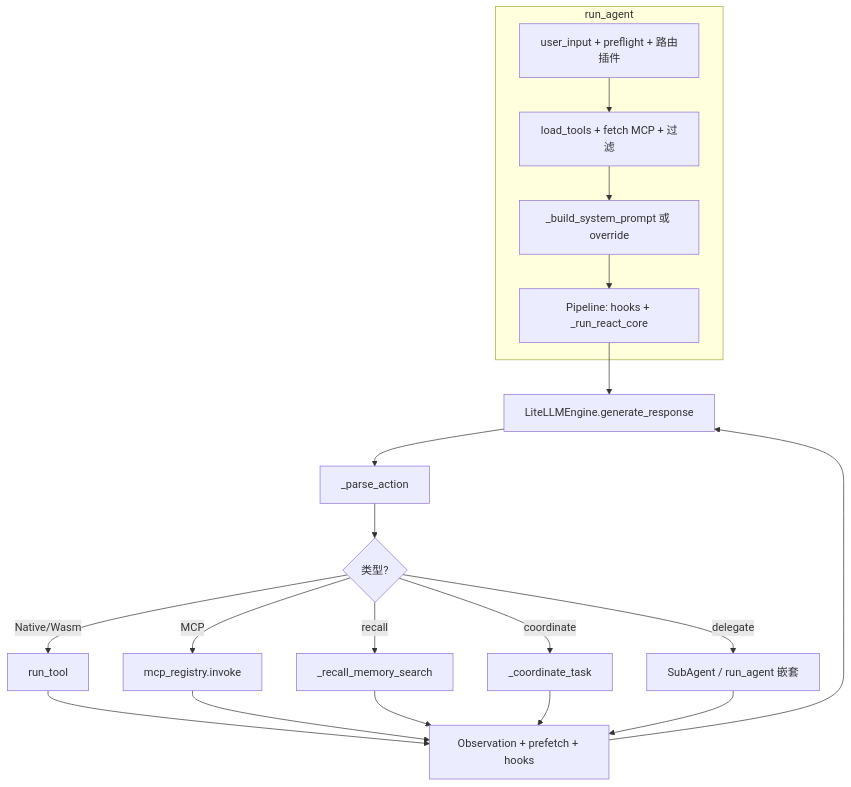
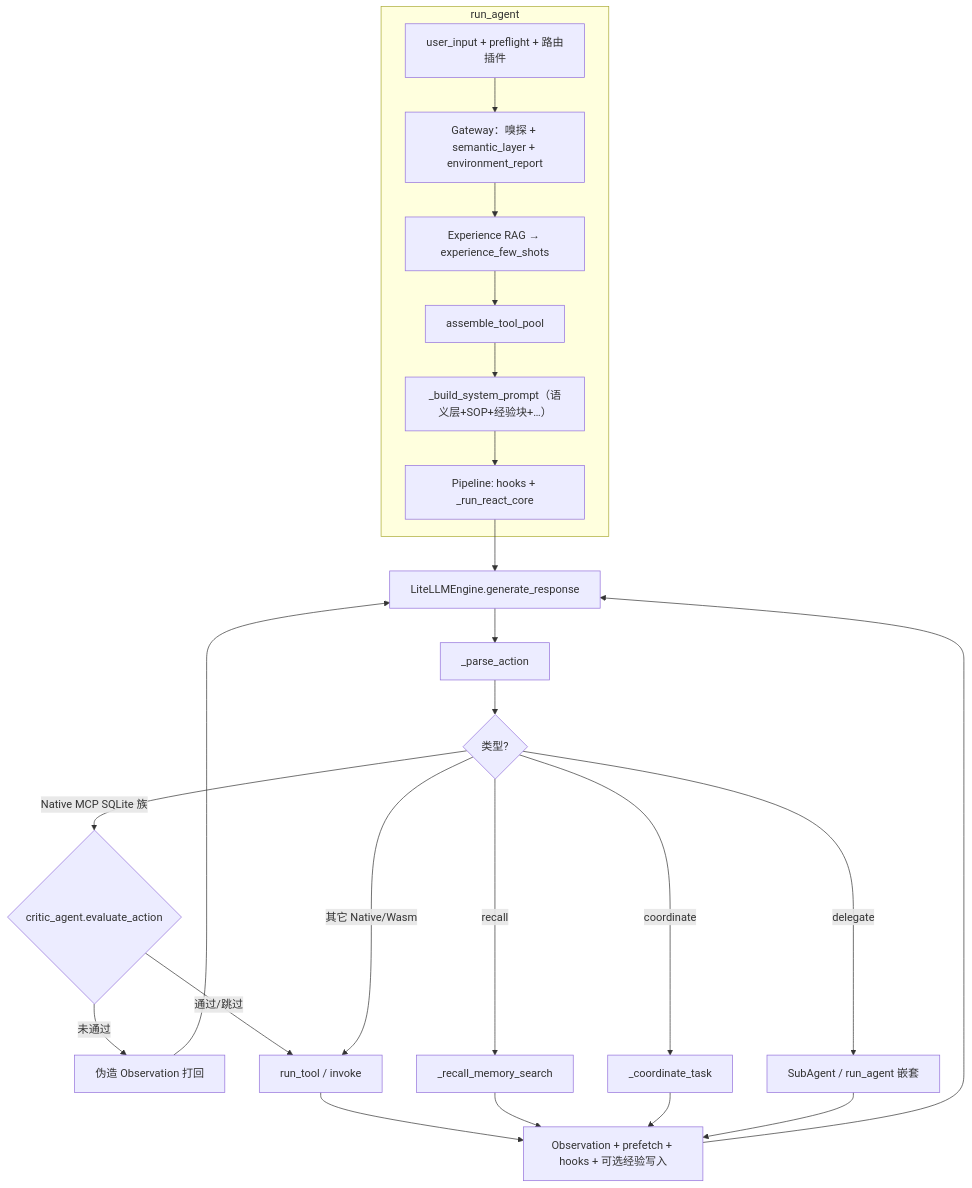
Before and after one commit to Samuel521199/jachin-system: the diagram in docs/L3_AGENT_CONTEXT_MEMORY_AND_PROMPT.md, drawn with Mermaid. The commit also changed other lines of this file and 57 other files, not shown here.

````diff
--- a/docs/L3_AGENT_CONTEXT_MEMORY_AND_PROMPT.md
+++ b/docs/L3_AGENT_CONTEXT_MEMORY_AND_PROMPT.md
@@ -192,24 +197,28 @@
 ```mermaid
 flowchart TB
   subgraph run_agent_entry["run_agent"]
     U[user_input + preflight + 路由插件]
-    T[load_tools + fetch MCP + 过滤]
-    S[_build_system_prompt 或 override]
+    GW[Gateway：嗅探 + semantic_layer + environment_report]
+    EXP[Experience RAG → experience_few_shots]
+    T[assemble_tool_pool]
+    S["_build_system_prompt（语义层+SOP+经验块+…）"]
     P[Pipeline: hooks + _run_react_core]
   end
-  U --> T --> S --> P
+  U --> GW --> EXP --> T --> S --> P
   P --> LLM[LiteLLMEngine.generate_response]
   LLM --> Parse[_parse_action]
   Parse --> Tool{类型?}
-  Tool -->|Native/Wasm| RT[run_tool]
-  Tool -->|MCP| MCP[mcp_registry.invoke]
+  Tool -->|Native MCP SQLite 族| CR{critic_agent.evaluate_action}
+  CR -->|未通过| FB[伪造 Observation 打回]
+  CR -->|通过/跳过| Exec[run_tool / invoke]
+  Tool -->|其它 Native/Wasm| Exec
   Tool -->|recall| L2R[_recall_memory_search]
   Tool -->|coordinate| L2C[_coordinate_task]
   Tool -->|delegate| SA[SubAgent / run_agent 嵌套]
-  RT --> Obs[Observation + prefetch + hooks]
-  MCP --> Obs
+  FB --> LLM
+  Exec --> Obs[Observation + prefetch + hooks + 可选经验写入]
   L2R --> Obs
   L2C --> Obs
   SA --> Obs
   Obs --> LLM
 ```
````
